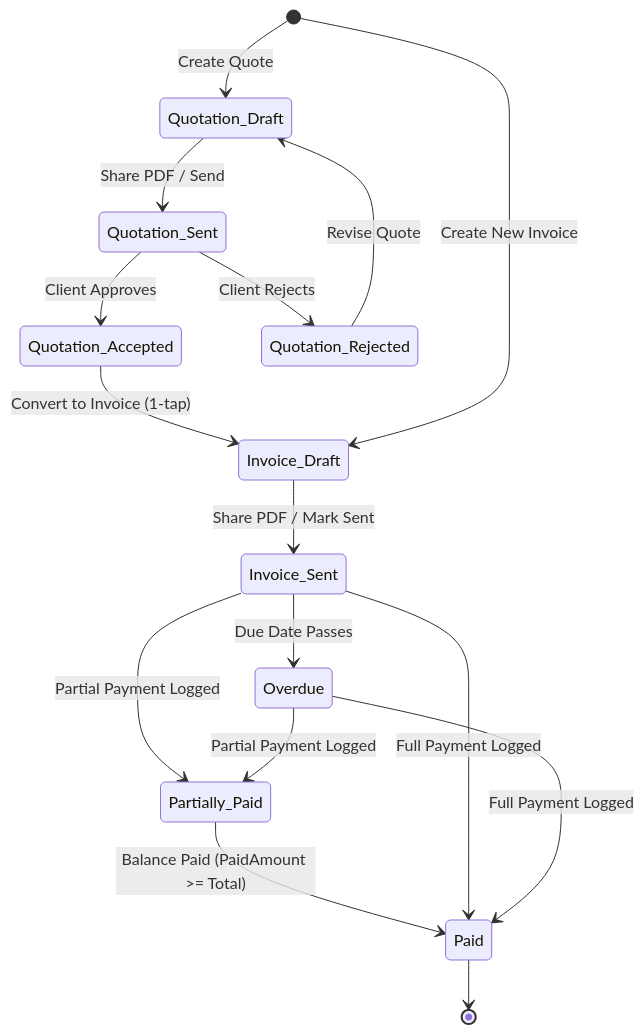
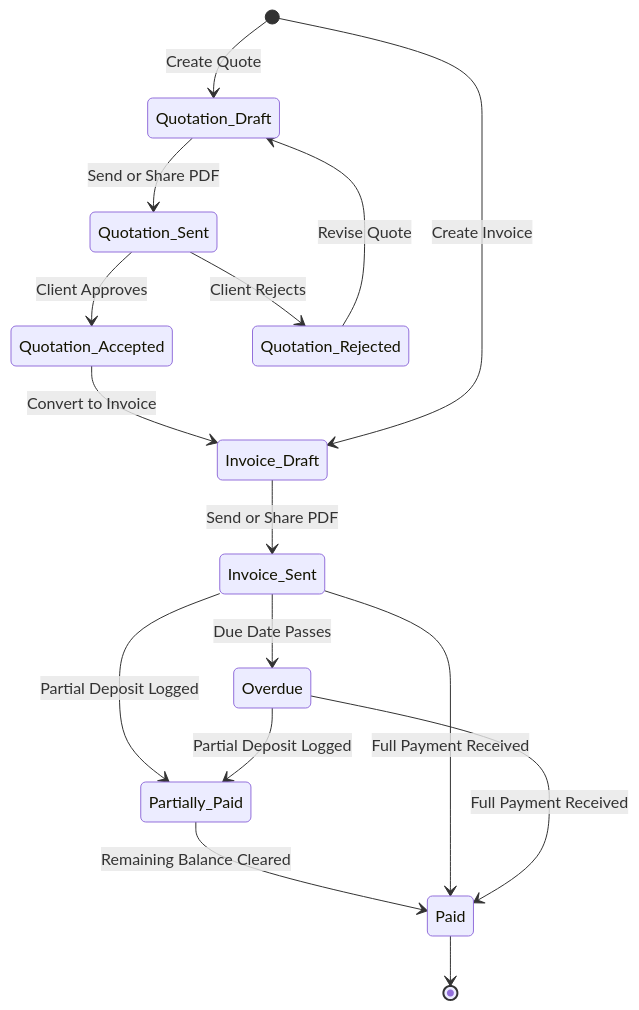
The third of 4 diagrams in README.md (Akshit2004/Freelance-management), drawn with Mermaid before and after one commit. The commit also changed other lines of this file and 10 other files, not shown here.

````diff
--- a/README.md
+++ b/README.md
@@ -217,22 +217,22 @@
 ```mermaid
 stateDiagram-v2
     [*] --> Quotation_Draft : Create Quote
-    Quotation_Draft --> Quotation_Sent : Share PDF / Send
+    Quotation_Draft --> Quotation_Sent : Send or Share PDF
     Quotation_Sent --> Quotation_Accepted : Client Approves
     Quotation_Sent --> Quotation_Rejected : Client Rejects
     Quotation_Rejected --> Quotation_Draft : Revise Quote
     
-    Quotation_Accepted --> Invoice_Draft : Convert to Invoice (1-tap)
-    [*] --> Invoice_Draft : Create New Invoice
+    Quotation_Accepted --> Invoice_Draft : Convert to Invoice
+    [*] --> Invoice_Draft : Create Invoice
 
-    Invoice_Draft --> Invoice_Sent : Share PDF / Mark Sent
+    Invoice_Draft --> Invoice_Sent : Send or Share PDF
     Invoice_Sent --> Overdue : Due Date Passes
-    Invoice_Sent --> Partially_Paid : Partial Payment Logged
-    Overdue --> Partially_Paid : Partial Payment Logged
+    Invoice_Sent --> Partially_Paid : Partial Deposit Logged
+    Overdue --> Partially_Paid : Partial Deposit Logged
     
-    Partially_Paid --> Paid : Balance Paid (PaidAmount >= Total)
-    Invoice_Sent --> Paid : Full Payment Logged
-    Overdue --> Paid : Full Payment Logged
+    Partially_Paid --> Paid : Remaining Balance Cleared
+    Invoice_Sent --> Paid : Full Payment Received
+    Overdue --> Paid : Full Payment Received
 
     Paid --> [*]
 ```
````
